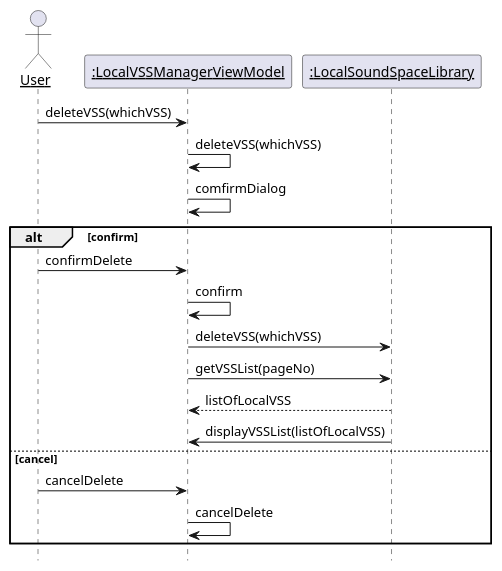
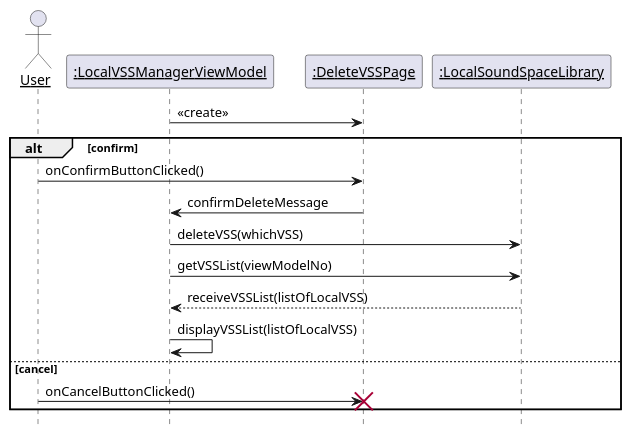
One commit to kpp19920121/doc changed diagram 18 of 30 in 设计/顺序图.md. Above: the diagram before and after it, drawn with PlantUML. The commit also changed other lines of this file and 4 other files, not shown here.

````diff
--- a/设计/顺序图.md
+++ b/设计/顺序图.md
@@ -589,27 +605,25 @@
 ```PlantUML
 @startuml Diagrams/DeleteVSS
 hide footbox
 skinparam sequenceParticipant underline
 
 actor User as user
-participant ":LocalVSSManagerViewModel" as page
+participant ":LocalVSSManagerViewModel" as viewModel
+participant ":DeleteVSSPage" as page
 participant ":LocalSoundSpaceLibrary" as library
 
-user -> page: deleteVSS(whichVSS)
-page -> page: deleteVSS(whichVSS)
-page -> page: comfirmDialog
+viewModel -> page: <<create>>
 alt confirm
-    user -> page: confirmDelete
-    page -> page: confirm
-    page -> library: deleteVSS(whichVSS)
-    page -> library: getVSSList(pageNo)
-    library --> page: listOfLocalVSS
-    library -> page: displayVSSList(listOfLocalVSS)
+    user -> page: onConfirmButtonClicked()
+    page -> viewModel: confirmDeleteMessage
+    viewModel -> library: deleteVSS(whichVSS)
+    viewModel -> library: getVSSList(viewModelNo)
+    library --> viewModel: receiveVSSList(listOfLocalVSS)
+    viewModel -> viewModel: displayVSSList(listOfLocalVSS)
 else cancel
-    user -> page: cancelDelete
-    page -> page: cancelDelete
+    user -> page: onCancelButtonClicked()
+    destroy page
 end
-
 
 @enduml
 ```
````
